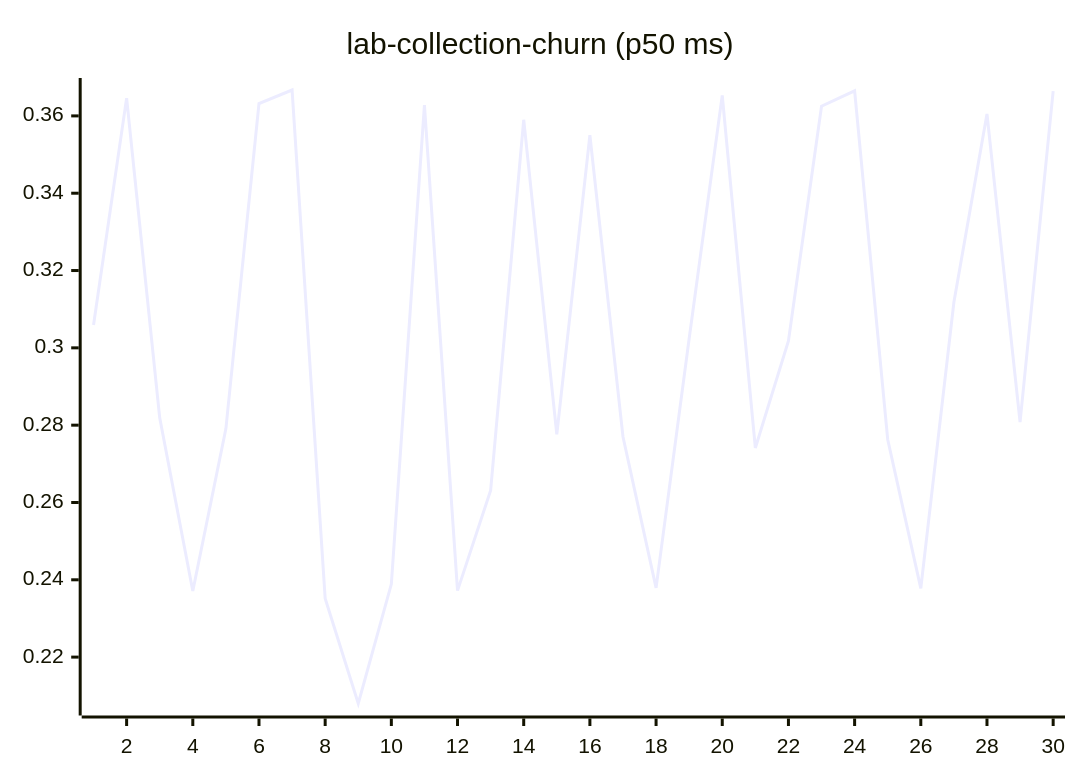
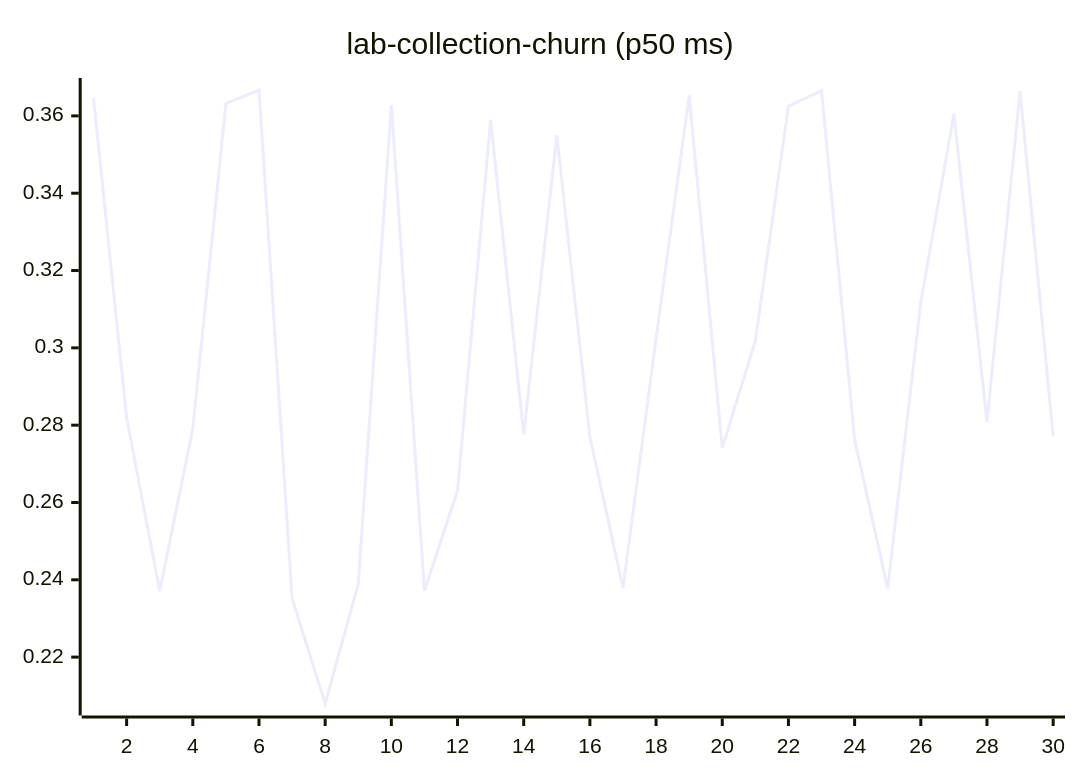
Diagram 11 of 27 in README.md (josha/Facet), drawn with Mermaid before and after one commit. The commit also changed other lines of this file and 2 other files, not shown here.

````diff
--- a/README.md
+++ b/README.md
@@ -133,6 +133,6 @@
 ```mermaid
 xychart-beta
     title "lab-collection-churn (p50 ms)"
     x-axis 1 --> 30
-    line [0.3059, 0.3646, 0.2819, 0.2371, 0.2791, 0.3632, 0.3667, 0.2352, 0.2080, 0.2389, 0.3628, 0.2372, 0.2631, 0.3590, 0.2776, 0.3550, 0.2770, 0.2379, 0.3024, 0.3653, 0.2741, 0.3018, 0.3625, 0.3665, 0.2763, 0.2378, 0.3118, 0.3605, 0.2808, 0.3664]
+    line [0.3646, 0.2819, 0.2371, 0.2791, 0.3632, 0.3667, 0.2352, 0.2080, 0.2389, 0.3628, 0.2372, 0.2631, 0.3590, 0.2776, 0.3550, 0.2770, 0.2379, 0.3024, 0.3653, 0.2741, 0.3018, 0.3625, 0.3665, 0.2763, 0.2378, 0.3118, 0.3605, 0.2808, 0.3664, 0.2771]
 ```
````
